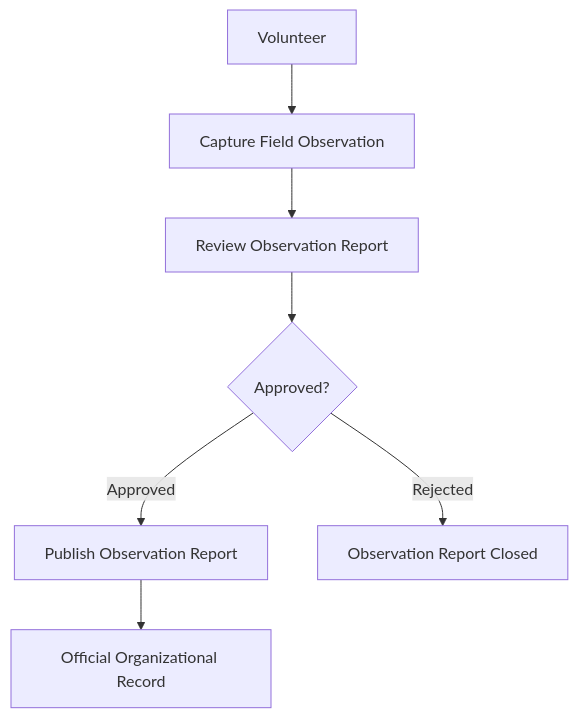
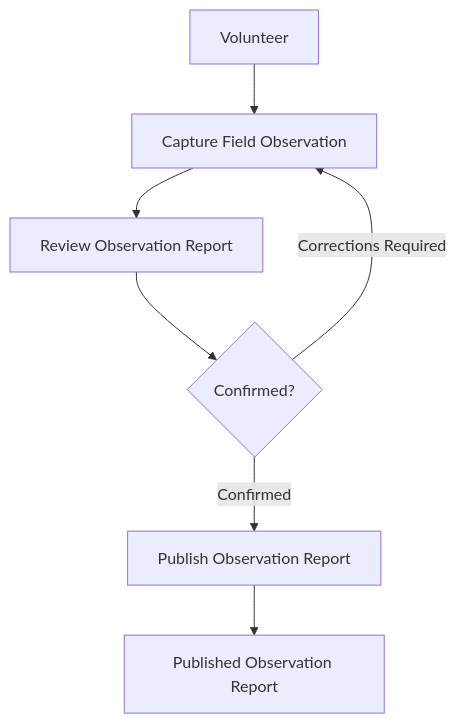
Before and after one commit to LordHaplo01/juliets-house-animal-rescue-architecture: the diagram in diagrams/observation/03-observation-workflow.md, drawn with Mermaid. The commit also changed other lines of this file and 18 other files, not shown here.

````diff
--- a/diagrams/observation/03-observation-workflow.md
+++ b/diagrams/observation/03-observation-workflow.md
@@ -20,23 +20,22 @@
 ```mermaid
 flowchart TD
 
     Volunteer["Volunteer"]
 
     Capture["Capture Field Observation"]
     Review["Review Observation Report"]
-    Decision{"Approved?"}
+    Decision{"Confirmed?"}
 
     Publish["Publish Observation Report"]
 
-    Official["Official Organizational Record"]
-    Rejected["Observation Report Closed"]
+    Published["Published Observation Report"]
 
     Volunteer --> Capture
     Capture --> Review
     Review --> Decision
 
-    Decision -->|Approved| Publish
-    Publish --> Official
+    Decision -->|Confirmed| Publish
+    Publish --> Published
 
-    Decision -->|Rejected| Rejected
+    Decision -->|Corrections Required| Capture
 ```
````
